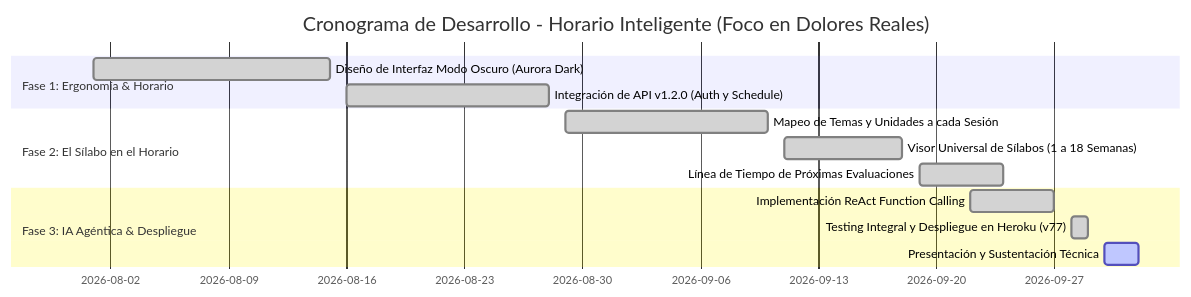
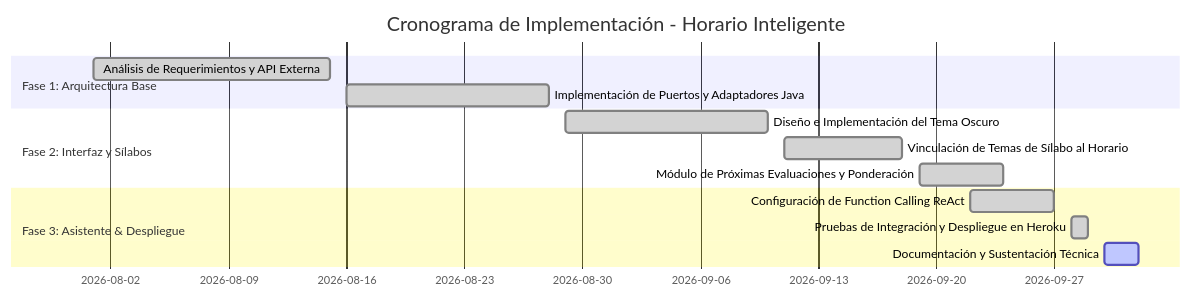
One commit to Joan2022Laurente/horarioInteligente changed the first of 8 diagrams in INFORME_TECNICO_PROYECTO.md. Above: the diagram before and after it, drawn with Mermaid. The commit also changed other lines of this file, not shown here.

````diff
--- a/INFORME_TECNICO_PROYECTO.md
+++ b/INFORME_TECNICO_PROYECTO.md
@@ -74,16 +73,16 @@
 ```mermaid
 gantt
-    title Cronograma de Desarrollo - Horario Inteligente (Foco en Dolores Reales)
+    title Cronograma de Implementación - Horario Inteligente
     dateFormat  YYYY-MM-DD
-    section Fase 1: Ergonomía & Horario
-    Diseño de Interfaz Modo Oscuro (Aurora Dark) :done, a1, 2026-08-01, 2026-08-15
-    Integración de API v1.2.0 (Auth y Schedule)   :done, a2, 2026-08-16, 2026-08-28
-    section Fase 2: El Sílabo en el Horario
-    Mapeo de Temas y Unidades a cada Sesión      :done, b1, 2026-08-29, 2026-09-10
-    Visor Universal de Sílabos (1 a 18 Semanas)  :done, b2, 2026-09-11, 2026-09-18
-    Línea de Tiempo de Próximas Evaluaciones      :done, b3, 2026-09-19, 2026-09-24
-    section Fase 3: IA Agéntica & Despliegue
-    Implementación ReAct Function Calling        :done, c1, 2026-09-22, 2026-09-27
-    Testing Integral y Despliegue en Heroku (v77):done, c2, 2026-09-28, 2026-09-29
-    Presentación y Sustentación Técnica          :active, c3, 2026-09-30, 2026-10-02
+    section Fase 1: Arquitectura Base
+    Análisis de Requerimientos y API Externa       :done, a1, 2026-08-01, 2026-08-15
+    Implementación de Puertos y Adaptadores Java  :done, a2, 2026-08-16, 2026-08-28
+    section Fase 2: Interfaz y Sílabos
+    Diseño e Implementación del Tema Oscuro        :done, b1, 2026-08-29, 2026-09-10
+    Vinculación de Temas de Sílabo al Horario     :done, b2, 2026-09-11, 2026-09-18
+    Módulo de Próximas Evaluaciones y Ponderación :done, b3, 2026-09-19, 2026-09-24
+    section Fase 3: Asistente & Despliegue
+    Configuración de Function Calling ReAct        :done, c1, 2026-09-22, 2026-09-27
+    Pruebas de Integración y Despliegue en Heroku :done, c2, 2026-09-28, 2026-09-29
+    Documentación y Sustentación Técnica          :active, c3, 2026-09-30, 2026-10-02
 ```
````
